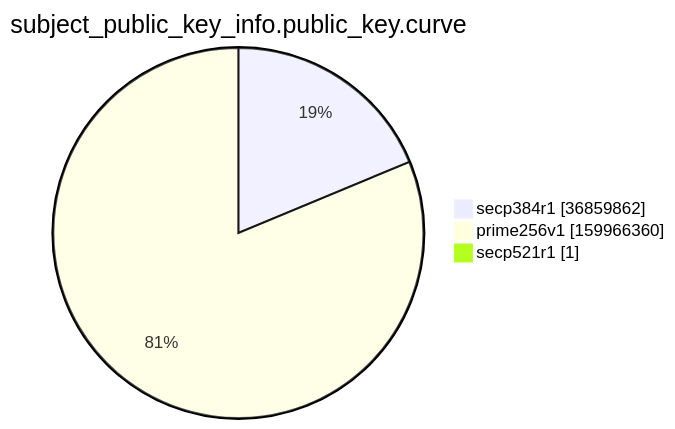
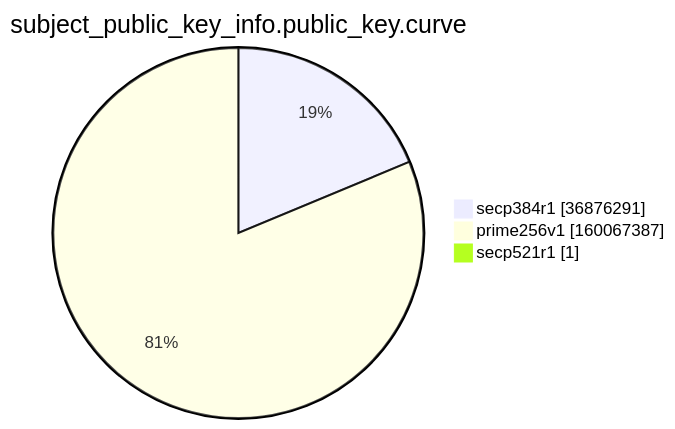
Before and after one commit to christiankrug/ctmonitor_visualization: the ninth of 15 diagrams in argon2022/README.md, drawn with Mermaid. The commit also changed other lines of this file, not shown here.

````diff
--- a/argon2022/README.md
+++ b/argon2022/README.md
@@ -2766,7 +2766,7 @@
 ```mermaid
 pie showData
 title subject_public_key_info.public_key.curve
-"secp384r1" :36859862
-"prime256v1" :159966360
+"secp384r1" :36876291
+"prime256v1" :160067387
 "secp521r1" :1
 ```
````
